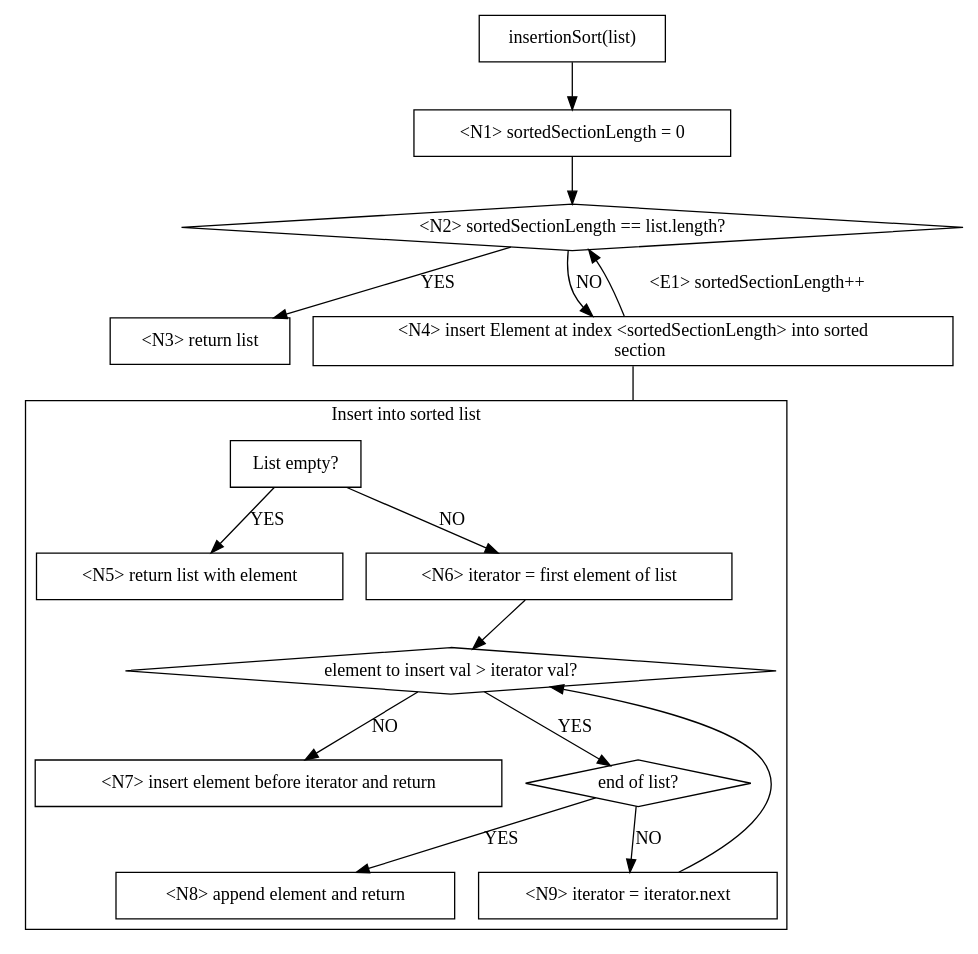
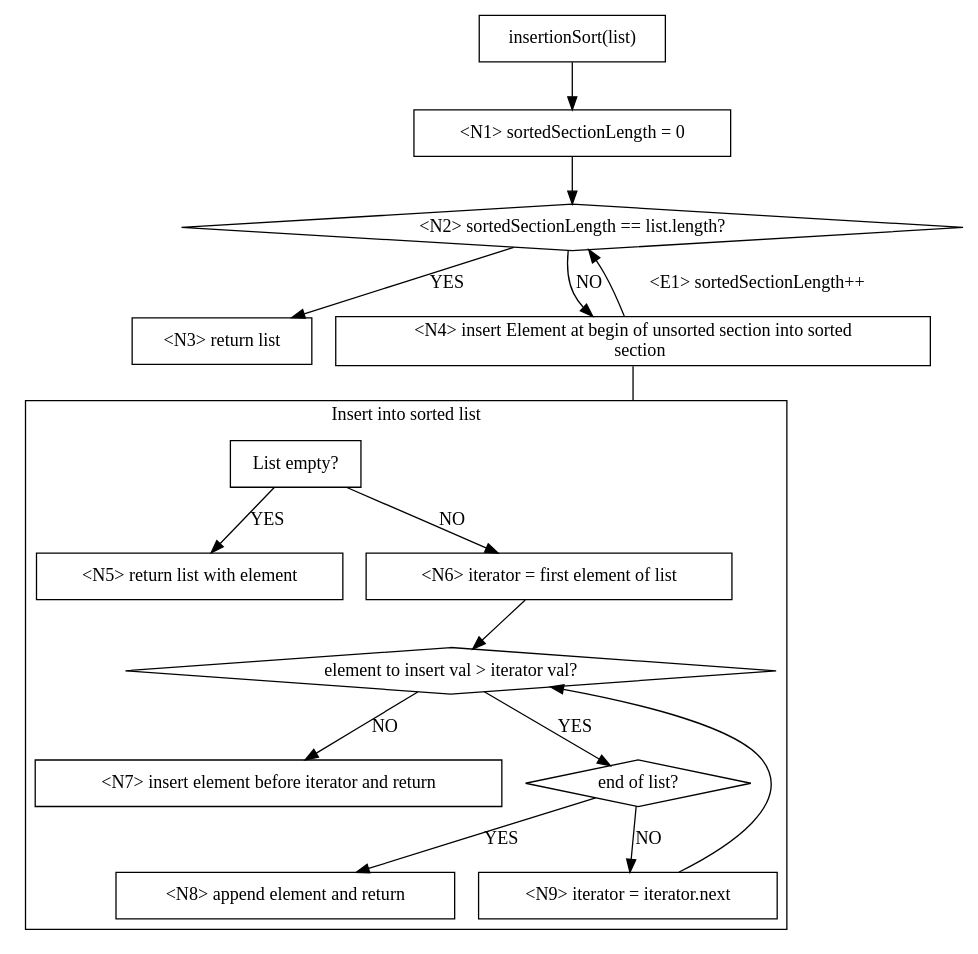
Before and after one commit to hugoppp-uni/Algorithmen-und-Datenstrukturen: the diagram in doc/aufg2/graphViz/insertionSort.gv, drawn with Graphviz. The commit also changed 2 other files, not shown here.

```diff
--- a/doc/aufg2/graphViz/insertionSort.gv
+++ b/doc/aufg2/graphViz/insertionSort.gv
@@ -1,40 +1,40 @@
 digraph Q {
     node [shape = box];
     compound = true;
 
     s1 [label = "insertionSort(list)"]
     s1 -> s2
     s2 [label = "<N1> sortedSectionLength = 0"];
     s2 -> d2
     d2 [label = "<N2> sortedSectionLength == list.length?" shape = diamond]
     d2 -> "<N3> return list" [label = "YES"];
     d2 -> s3 [label = "NO"];
-    s3 [label = "<N4> insert Element at index <sortedSectionLength> into sorted
+    s3 [label = "<N4> insert Element at begin of unsorted section into sorted
     section"]
     s3 -> cluster1Connector [arrowhead = none, lhead = cluster1]
     s3 -> d2 [label = "<E1> sortedSectionLength++"]
 
 
     subgraph cluster1 {
     node [shape = box];
     label = "Insert into sorted list"
     cluster1Connector [shape = point style = invis]
 
     cBegin [label = "List empty?"];
     cBegin -> "<N5> return list with element" [label = "YES"];
     cBegin -> c0 [label = "NO"];
     c0 [label = "<N6> iterator = first element of list "];
     c0 -> cd1
     cd1 [label = "element to insert val > iterator val?" shape = diamond];
     cd1 -> cs1 [label = "NO"];
     cd1 -> cd2 [label = "YES"];
     cs1 [label = "<N7> insert element before iterator and return"];
     cs2 [label = "<N9> iterator = iterator.next"];
     cs2 -> cd1
     cd2 [label = "end of list?" shape = diamond];
     cd2 -> appendAndReturn [label = "YES"];
     cd2 -> cs2 [label = "NO"];
     appendAndReturn [label = "<N8> append element and return"]
     }
 
 }
```
